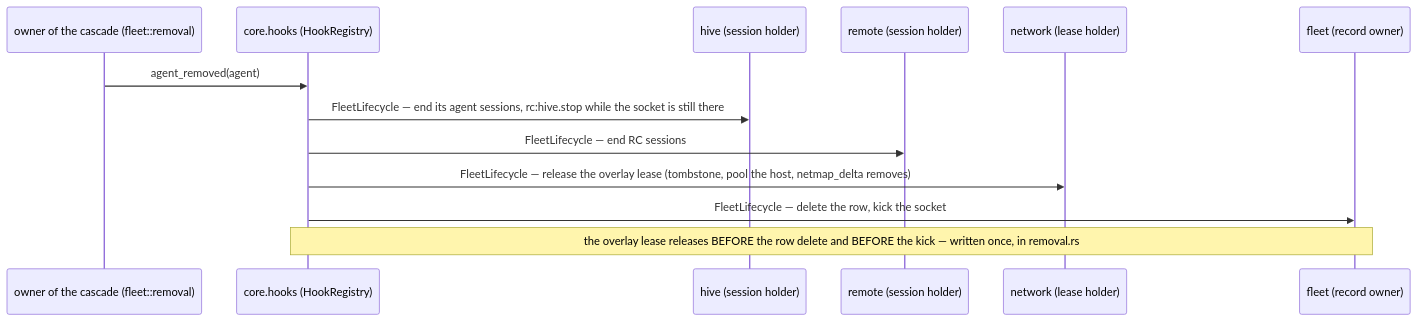
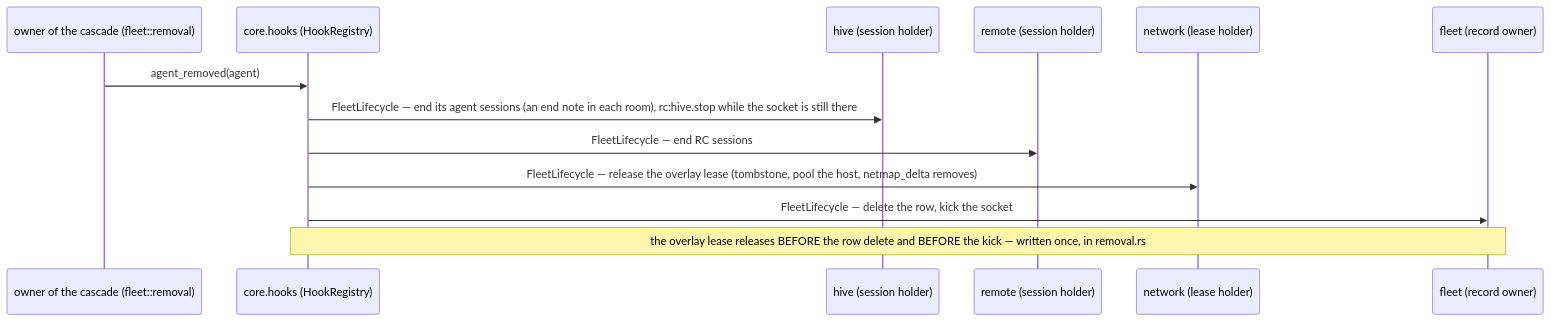
The seventh of 8 diagrams in docs/modular-monolith.md (gjovanov/roomler-ai), drawn with Mermaid before and after one commit. The commit also changed other lines of this file and 39 other files, not shown here.

````diff
--- a/docs/modular-monolith.md
+++ b/docs/modular-monolith.md
@@ -337,15 +338,15 @@
 ```mermaid
 sequenceDiagram
     participant O as owner of the cascade (fleet::removal)
     participant C as core.hooks (HookRegistry)
     participant H as hive (session holder)
     participant R as remote (session holder)
     participant N as network (lease holder)
     participant F as fleet (record owner)
     O->>C: agent_removed(agent)
-    C->>H: FleetLifecycle — end its agent sessions, rc:hive.stop while the socket is still there
+    C->>H: FleetLifecycle — end its agent sessions (an end note in each room), rc:hive.stop while the socket is still there
     C->>R: FleetLifecycle — end RC sessions
     C->>N: FleetLifecycle — release the overlay lease (tombstone, pool the host, netmap_delta removes)
     C->>F: FleetLifecycle — delete the row, kick the socket
     Note over C,F: the overlay lease releases BEFORE the row delete and BEFORE the kick — written once, in removal.rs
 ```
````
